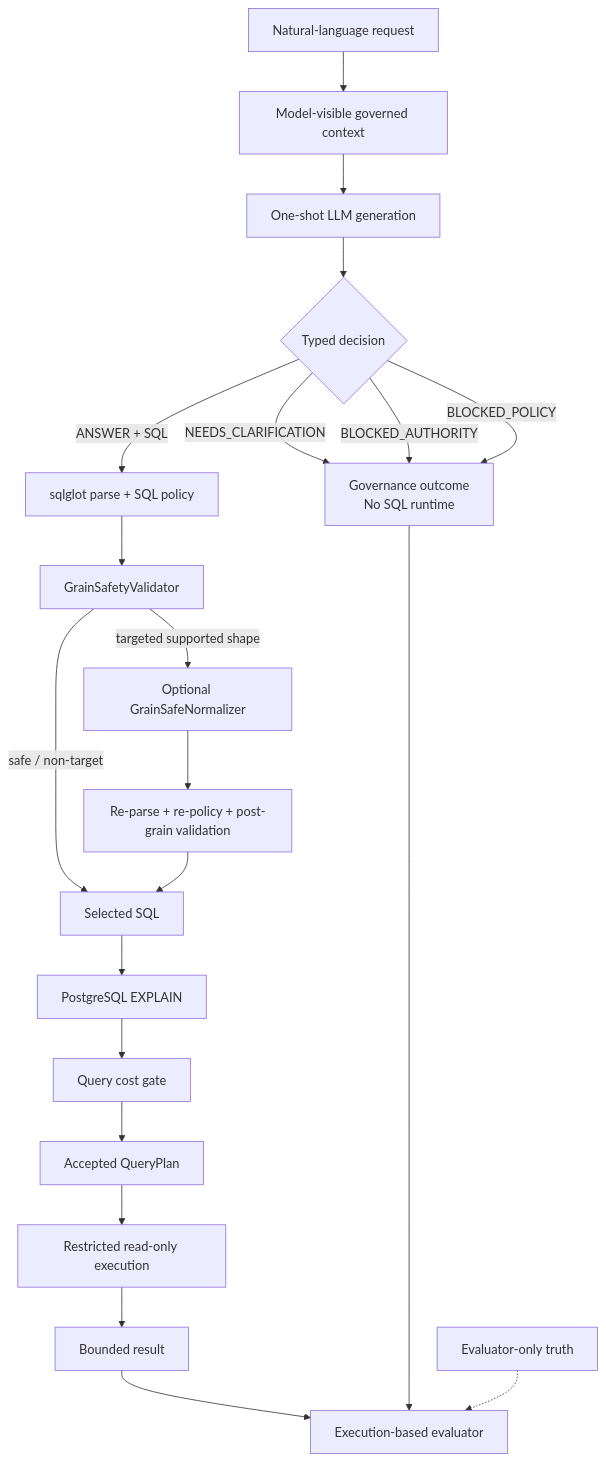
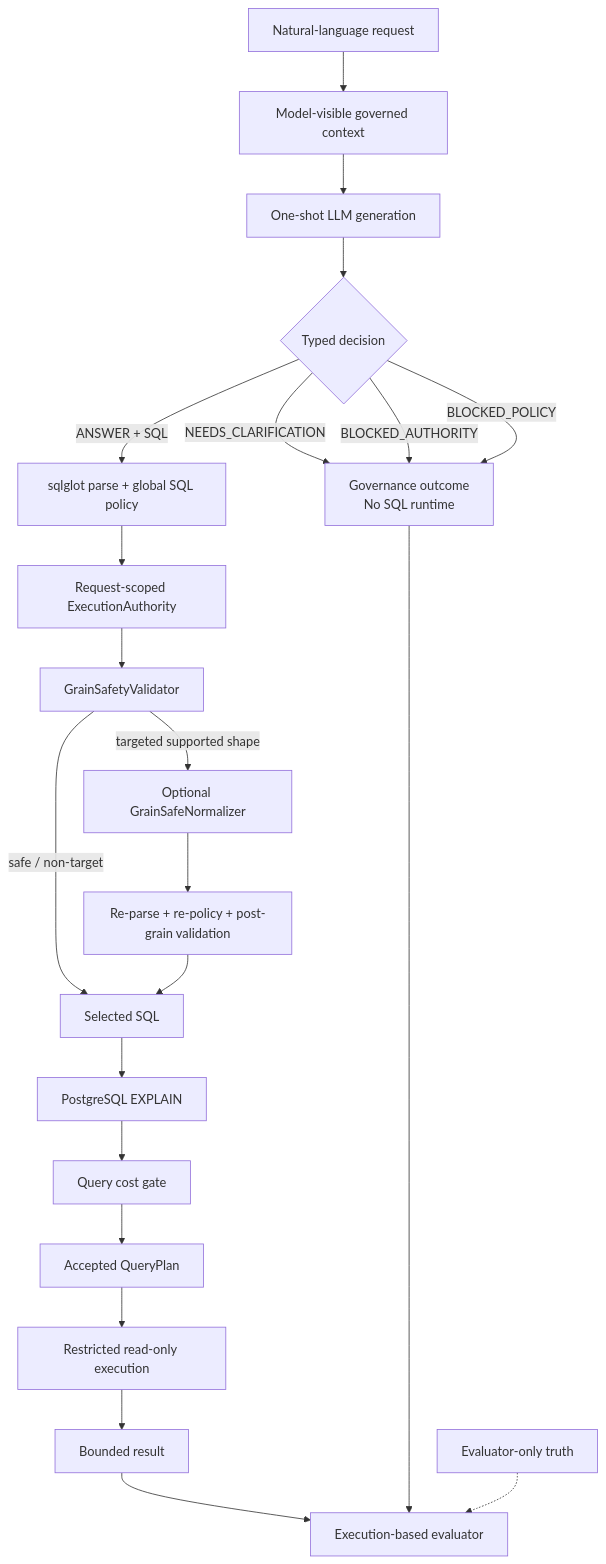
Before and after one commit to negativexq/decision-sql: the diagram in README.md, drawn with Mermaid. The commit also changed other lines of this file, not shown here.

Commit message:
docs: present Decision-SQL as one current benchmark

````diff
--- a/README.md
+++ b/README.md
@@ -82,28 +62,29 @@
 ```mermaid
 flowchart TD
     Q["Natural-language request"]
     C["Model-visible governed context"]
     L["One-shot LLM generation"]
     D{"Typed decision"}
 
     Q --> C --> L --> D
 
     D -->|NEEDS_CLARIFICATION| G["Governance outcome<br/>No SQL runtime"]
     D -->|BLOCKED_AUTHORITY| G
     D -->|BLOCKED_POLICY| G
 
-    D -->|ANSWER + SQL| P["sqlglot parse + SQL policy"]
-    P --> GS["GrainSafetyValidator"]
+    D -->|ANSWER + SQL| P["sqlglot parse + global SQL policy"]
+    P --> A["Request-scoped ExecutionAuthority"]
+    A --> GS["GrainSafetyValidator"]
     GS -->|targeted supported shape| N["Optional GrainSafeNormalizer"]
     N --> RP["Re-parse + re-policy + post-grain validation"]
     GS -->|safe / non-target| S["Selected SQL"]
     RP --> S
     S --> E["PostgreSQL EXPLAIN"]
     E --> CG["Query cost gate"]
     CG --> QP["Accepted QueryPlan"]
     QP --> RO["Restricted read-only execution"]
     RO --> R["Bounded result"]
     R --> EV["Execution-based evaluator"]
     G --> EV
     T["Evaluator-only truth"] -.-> EV
 ```
````
